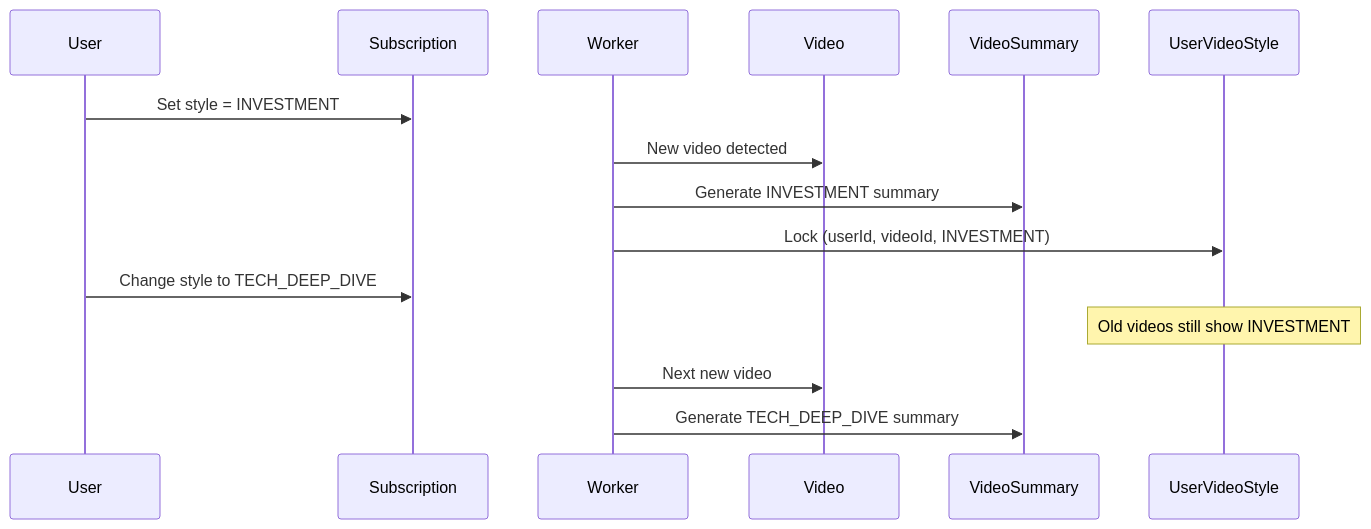
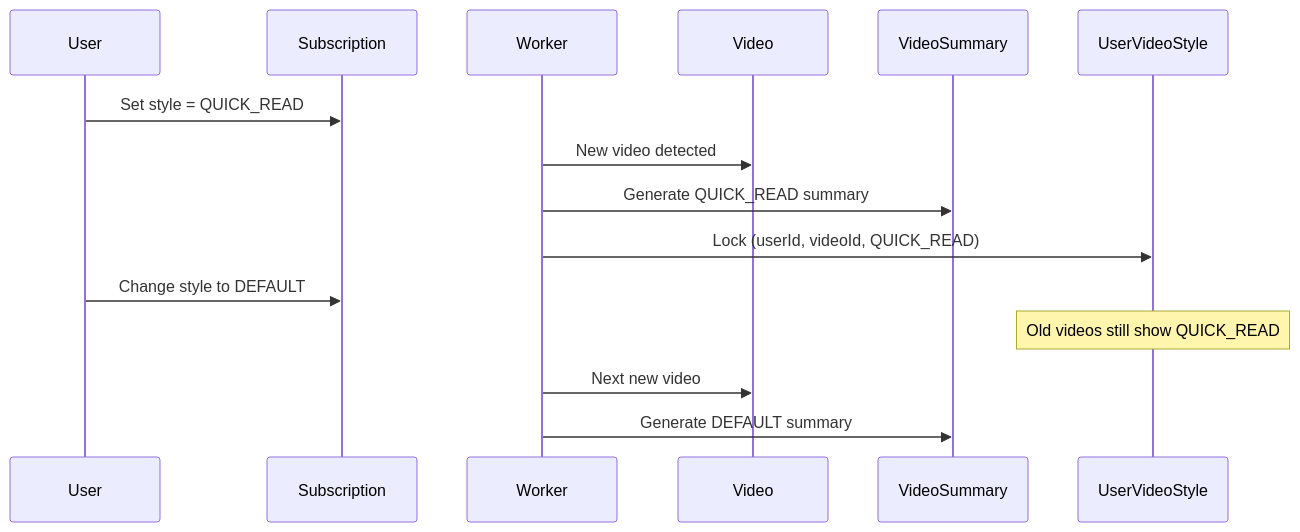
The second of 2 diagrams in ARCHITECTURE.md (tomdhyang-byte/youtube-rss-generator), drawn with Mermaid before and after one commit. The commit also changed other lines of this file and 16 other files, not shown here.

Commit message:
feat: Add internationalization for user feedback and dialogs, refine summary styles, and remove deprecated components and unused assets.

````diff
--- a/ARCHITECTURE.md
+++ b/ARCHITECTURE.md
@@ -147,11 +164,11 @@
 ```mermaid
 sequenceDiagram
-    User->>Subscription: Set style = INVESTMENT
+    User->>Subscription: Set style = QUICK_READ
     Worker->>Video: New video detected
-    Worker->>VideoSummary: Generate INVESTMENT summary
-    Worker->>UserVideoStyle: Lock (userId, videoId, INVESTMENT)
-    User->>Subscription: Change style to TECH_DEEP_DIVE
-    Note over UserVideoStyle: Old videos still show INVESTMENT
+    Worker->>VideoSummary: Generate QUICK_READ summary
+    Worker->>UserVideoStyle: Lock (userId, videoId, QUICK_READ)
+    User->>Subscription: Change style to DEFAULT
+    Note over UserVideoStyle: Old videos still show QUICK_READ
     Worker->>Video: Next new video
-    Worker->>VideoSummary: Generate TECH_DEEP_DIVE summary
+    Worker->>VideoSummary: Generate DEFAULT summary
 ```
````
